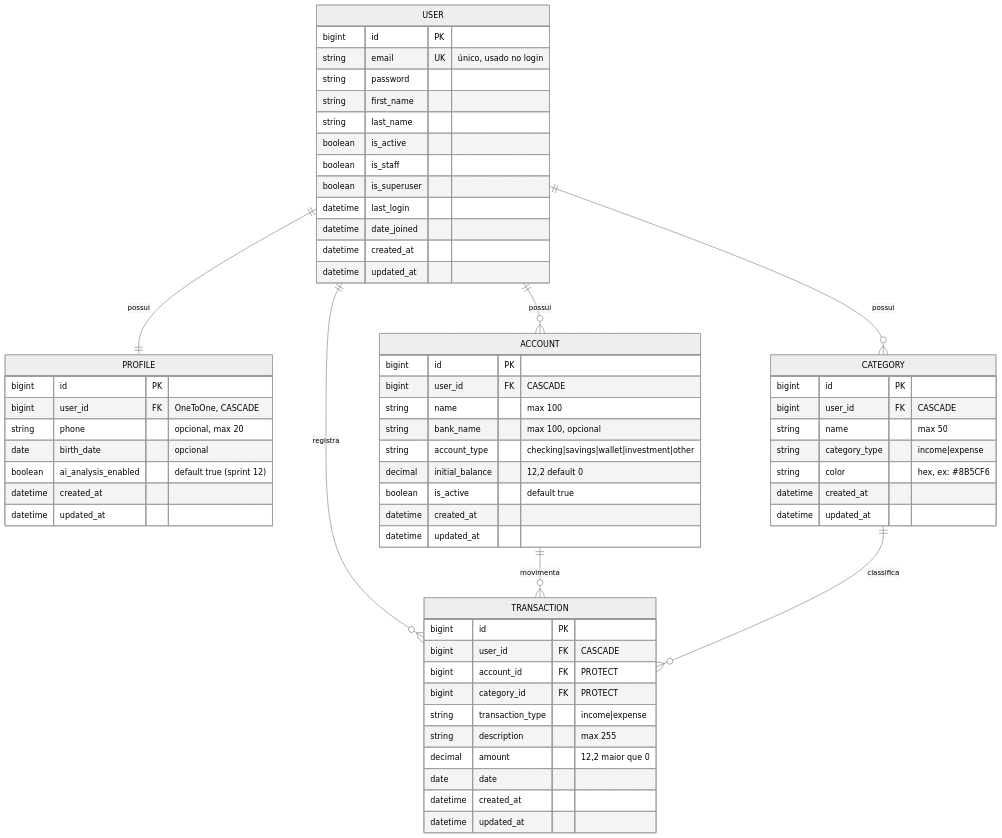
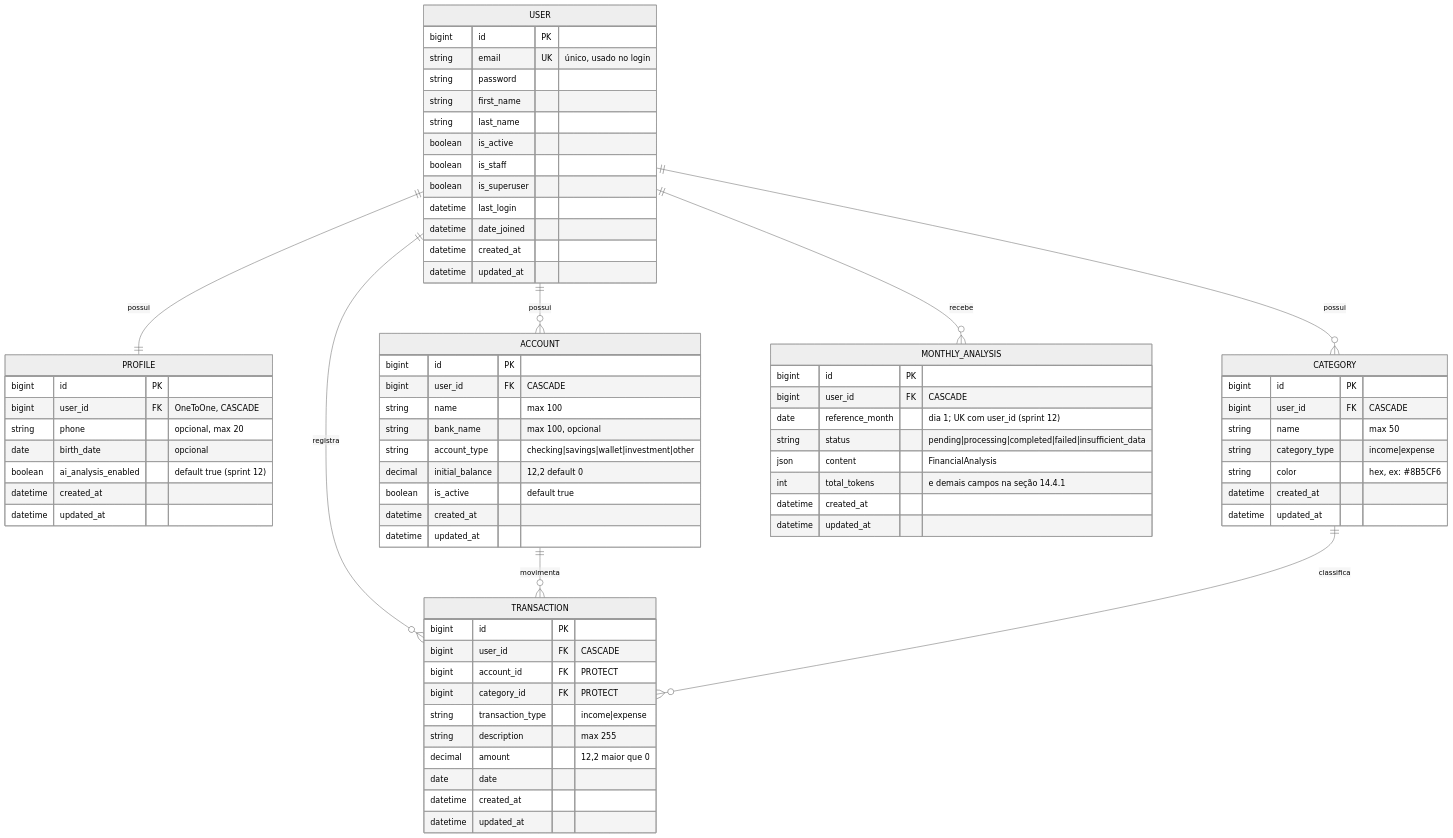
The third of 7 diagrams in PRD.md (rubenmelo-dotcom/finanpy), drawn with Mermaid (neutral theme) before and after one commit. The commit also changed other lines of this file and 16 other files, not shown here.

````diff
--- a/PRD.md
+++ b/PRD.md
@@ -461,69 +465,81 @@
 ```mermaid
 erDiagram
     USER ||--|| PROFILE : "possui"
     USER ||--o{ ACCOUNT : "possui"
     USER ||--o{ CATEGORY : "possui"
     USER ||--o{ TRANSACTION : "registra"
     ACCOUNT ||--o{ TRANSACTION : "movimenta"
     CATEGORY ||--o{ TRANSACTION : "classifica"
+    USER ||--o{ MONTHLY_ANALYSIS : "recebe"
 
     USER {
         bigint id PK
         string email UK "único, usado no login"
         string password
         string first_name
         string last_name
         boolean is_active
         boolean is_staff
         boolean is_superuser
         datetime last_login
         datetime date_joined
         datetime created_at
         datetime updated_at
     }
 
     PROFILE {
         bigint id PK
         bigint user_id FK "OneToOne, CASCADE"
         string phone "opcional, max 20"
         date birth_date "opcional"
         boolean ai_analysis_enabled "default true (sprint 12)"
         datetime created_at
         datetime updated_at
     }
 
     ACCOUNT {
         bigint id PK
         bigint user_id FK "CASCADE"
         string name "max 100"
         string bank_name "max 100, opcional"
         string account_type "checking|savings|wallet|investment|other"
         decimal initial_balance "12,2 default 0"
         boolean is_active "default true"
         datetime created_at
         datetime updated_at
     }
 
     CATEGORY {
         bigint id PK
         bigint user_id FK "CASCADE"
         string name "max 50"
         string category_type "income|expense"
         string color "hex, ex: #8B5CF6"
         datetime created_at
         datetime updated_at
     }
 
     TRANSACTION {
         bigint id PK
         bigint user_id FK "CASCADE"
         bigint account_id FK "PROTECT"
         bigint category_id FK "PROTECT"
         string transaction_type "income|expense"
         string description "max 255"
         decimal amount "12,2 maior que 0"
         date date
         datetime created_at
         datetime updated_at
     }
+
+    MONTHLY_ANALYSIS {
+        bigint id PK
+        bigint user_id FK "CASCADE"
+        date reference_month "dia 1; UK com user_id (sprint 12)"
+        string status "pending|processing|completed|failed|insufficient_data"
+        json content "FinancialAnalysis"
+        int total_tokens "e demais campos na seção 14.4.1"
+        datetime created_at
+        datetime updated_at
+    }
 ```
````
